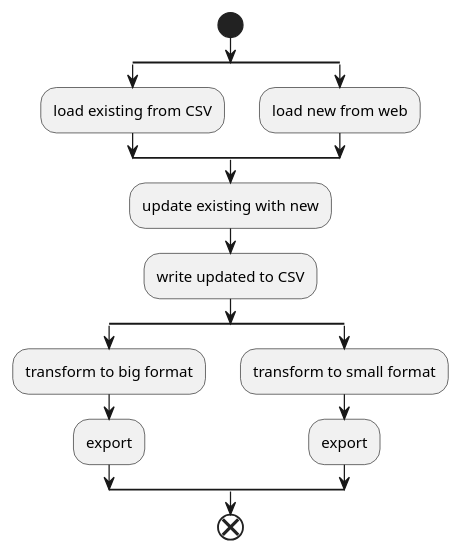
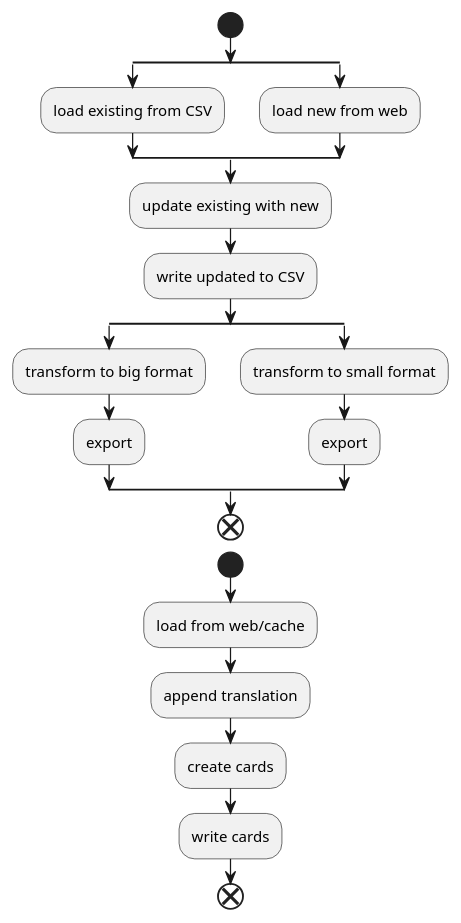
Before and after one commit to niedzwiedzislaw/verbos: the diagram in flow.puml, drawn with PlantUML. The commit also changed 19 other files, not shown here.

```diff
--- a/flow.puml
+++ b/flow.puml
@@ -1,20 +1,27 @@
 @startuml
 
 start
 split
     :load existing from CSV;
 split again
     :load new from web;
 end split
 :update existing with new;
 :write updated to CSV;
 split
     :transform to big format;
     :export;
 split again
     :transform to small format;
     :export;
 end split
 end
 
+start
+:load from web/cache;
+:append translation;
+:create cards;
+:write cards;
+end
+
 @enduml
```
